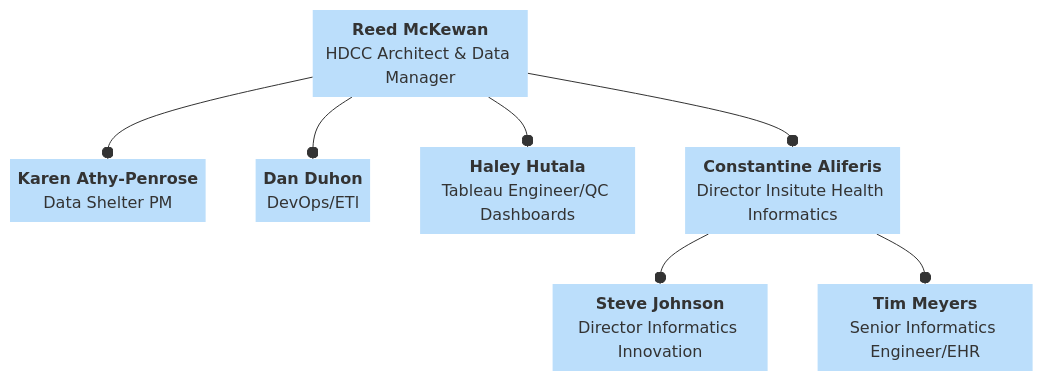
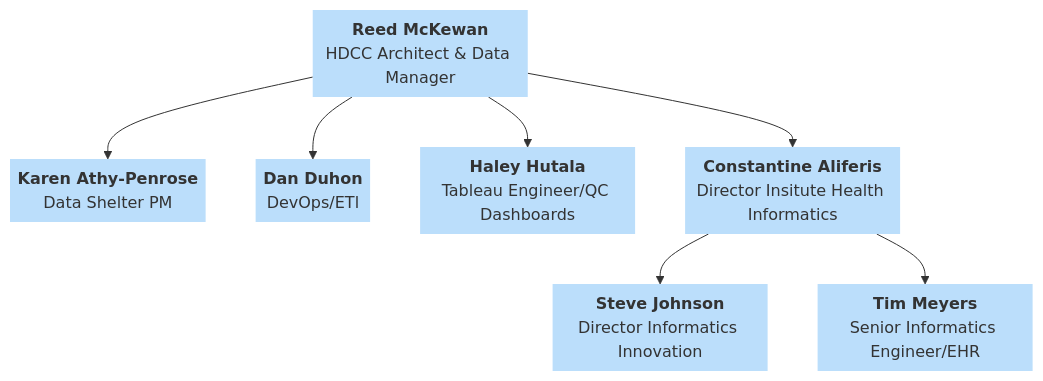
Before and after one commit to DCAN-Labs/hbcd-docs-internal: the fourth of 10 diagrams in docs/orgcharts.md, drawn with Mermaid.

Commit message:
formatting

````diff
--- a/docs/orgcharts.md
+++ b/docs/orgcharts.md
@@ -305,23 +305,23 @@
 ```mermaid
 ---
 config:
   layout: dagre
 ---
 flowchart TB
-    B["<b>Reed McKewan</b><br>HDCC Architect &amp; Data Manager"] --o E["<b>Karen Athy-Penrose</b><br>Data Shelter PM"] & F["<b>Dan Duhon</b><br>DevOps/ETl"] & G["<b>Haley Hutala</b><br>Tableau Engineer/QC Dashboards"] & H["<b>Constantine Aliferis</b><br>Director Insitute Health Informatics"]
-    H --o I["<b>Steve Johnson</b><br>Director Informatics Innovation"] & J["<b>Tim Meyers</b><br>Senior Informatics Engineer/EHR"]
+    B["<b>Reed McKewan</b><br>HDCC Architect &amp; Data Manager"] --> E["<b>Karen Athy-Penrose</b><br>Data Shelter PM"] & F["<b>Dan Duhon</b><br>DevOps/ETl"] & G["<b>Haley Hutala</b><br>Tableau Engineer/QC Dashboards"] & H["<b>Constantine Aliferis</b><br>Director Insitute Health Informatics"]
+    H --> I["<b>Steve Johnson</b><br>Director Informatics Innovation"] & J["<b>Tim Meyers</b><br>Senior Informatics Engineer/EHR"]
     B@{ shape: text}
     E@{ shape: text}
     F@{ shape: text}
     G@{ shape: text}
     H@{ shape: text}
     I@{ shape: text}
     J@{ shape: text}
     style B fill:#BBDEFB,stroke-width:2px,stroke-dasharray: 0,stroke:none
     style E fill:#BBDEFB
     style F fill:#BBDEFB
     style G fill:#BBDEFB
     style H fill:#BBDEFB
     style I fill:#BBDEFB
     style J fill:#BBDEFB
 ```
````
